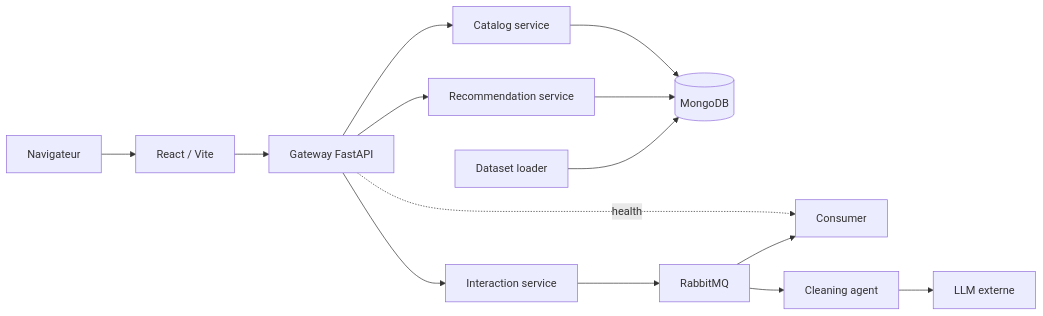
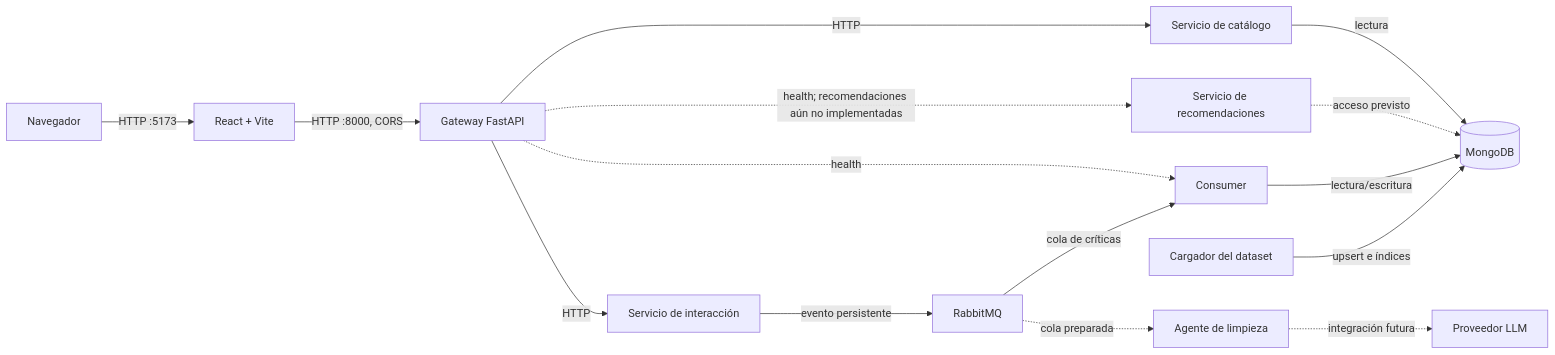
The diagram in docs/architecture.md (AnaisBallard/DCIC-Flix26), drawn with Mermaid before and after one commit. The commit also changed other lines of this file and 21 other files, not shown here.

````diff
--- a/docs/architecture.md
+++ b/docs/architecture.md
@@ -5,16 +10,17 @@
 ```mermaid
 flowchart LR
-    Browser[Navigateur] --> Frontend[React / Vite]
-    Frontend --> Gateway[Gateway FastAPI]
-    Gateway -. health .-> Consumer[Consumer]
-    Gateway --> Catalog[Catalog service]
-    Gateway --> Recommendations[Recommendation service]
-    Gateway --> Interactions[Interaction service]
-    Catalog --> Mongo[(MongoDB)]
-    Recommendations --> Mongo
-    Interactions --> Broker[RabbitMQ]
-    Broker --> Consumer
-    Broker --> Cleaning[Cleaning agent]
-    Loader[Dataset loader] --> Mongo
-    Cleaning --> LLM[LLM externe]
+    Browser[Navegador] -->|HTTP :5173| Frontend[React + Vite]
+    Frontend -->|HTTP :8000, CORS| Gateway[Gateway FastAPI]
+    Gateway -->|HTTP| Catalog[Servicio de catálogo]
+    Gateway -->|HTTP| Interaction[Servicio de interacción]
+    Gateway -.->|health; recomendaciones aún no implementadas| Recommendation[Servicio de recomendaciones]
+    Gateway -.->|health| Consumer[Consumer]
+    Catalog -->|lectura| Mongo[(MongoDB)]
+    Recommendation -.->|acceso previsto| Mongo
+    Interaction -->|evento persistente| Broker[RabbitMQ]
+    Broker -->|cola de críticas| Consumer
+    Consumer -->|lectura/escritura| Mongo
+    Loader[Cargador del dataset] -->|upsert e índices| Mongo
+    Broker -.->|cola preparada| Cleaning[Agente de limpieza]
+    Cleaning -.->|integración futura| LLM[Proveedor LLM]
 ```
````
